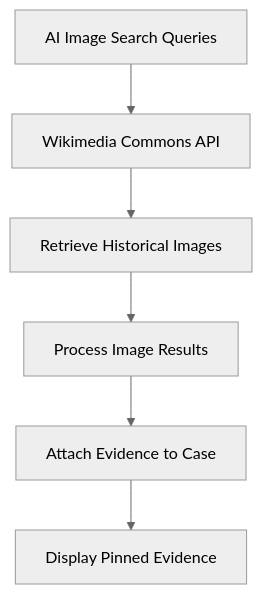
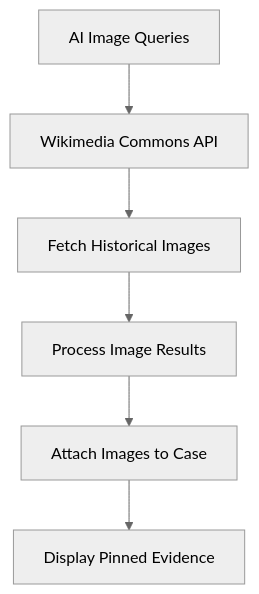
Before and after one commit to nk21-dev/SHERLOX: the third of 3 diagrams in README.md, drawn with Mermaid (neutral theme). The commit also changed other lines of this file, not shown here.

````diff
--- a/README.md
+++ b/README.md
@@ -54,8 +54,8 @@
 ```mermaid
-flowchart TD
-    A[AI Image Search Queries] --> B[Wikimedia Commons API]
-    B --> C[Retrieve Historical Images]
+graph TD
+    A[AI Image Queries] --> B[Wikimedia Commons API]
+    B --> C[Fetch Historical Images]
     C --> D[Process Image Results]
-    D --> E[Attach Evidence to Case]
+    D --> E[Attach Images to Case]
     E --> F[Display Pinned Evidence]
 ```
````
